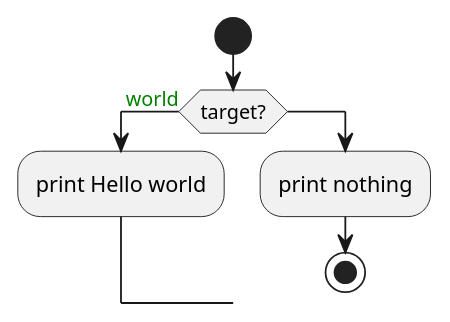
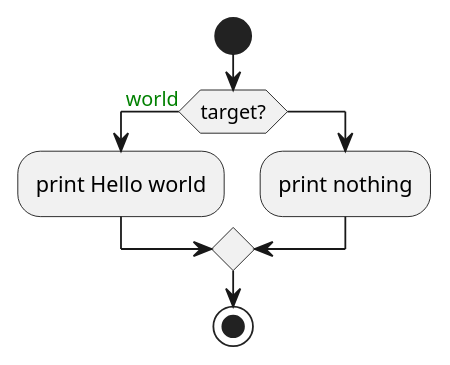
Before and after one commit to aanil/Group1Day1: the diagram in activity2.md, drawn with PlantUML.

Commit message:
Add 'endif' to close if statement

````diff
--- a/activity2.md
+++ b/activity2.md
@@ -1,10 +1,11 @@
 ```PlantUML
 @startuml
 start
 if (target?) is (<color:green>world) then
 :print Hello world;
 else 
 :print nothing;
+endif
 stop
 @enduml
 ```
````
